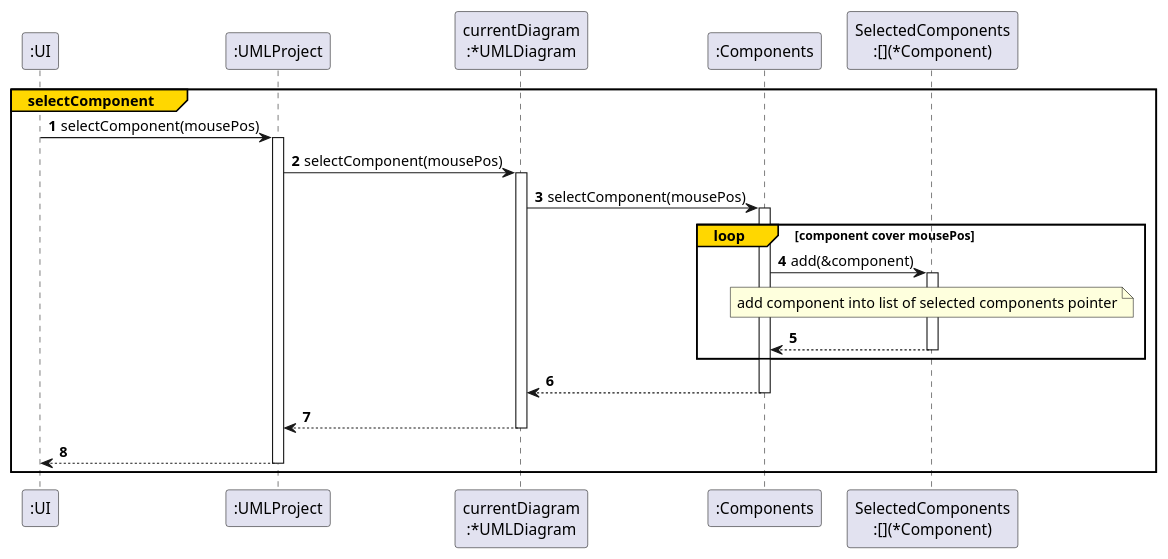
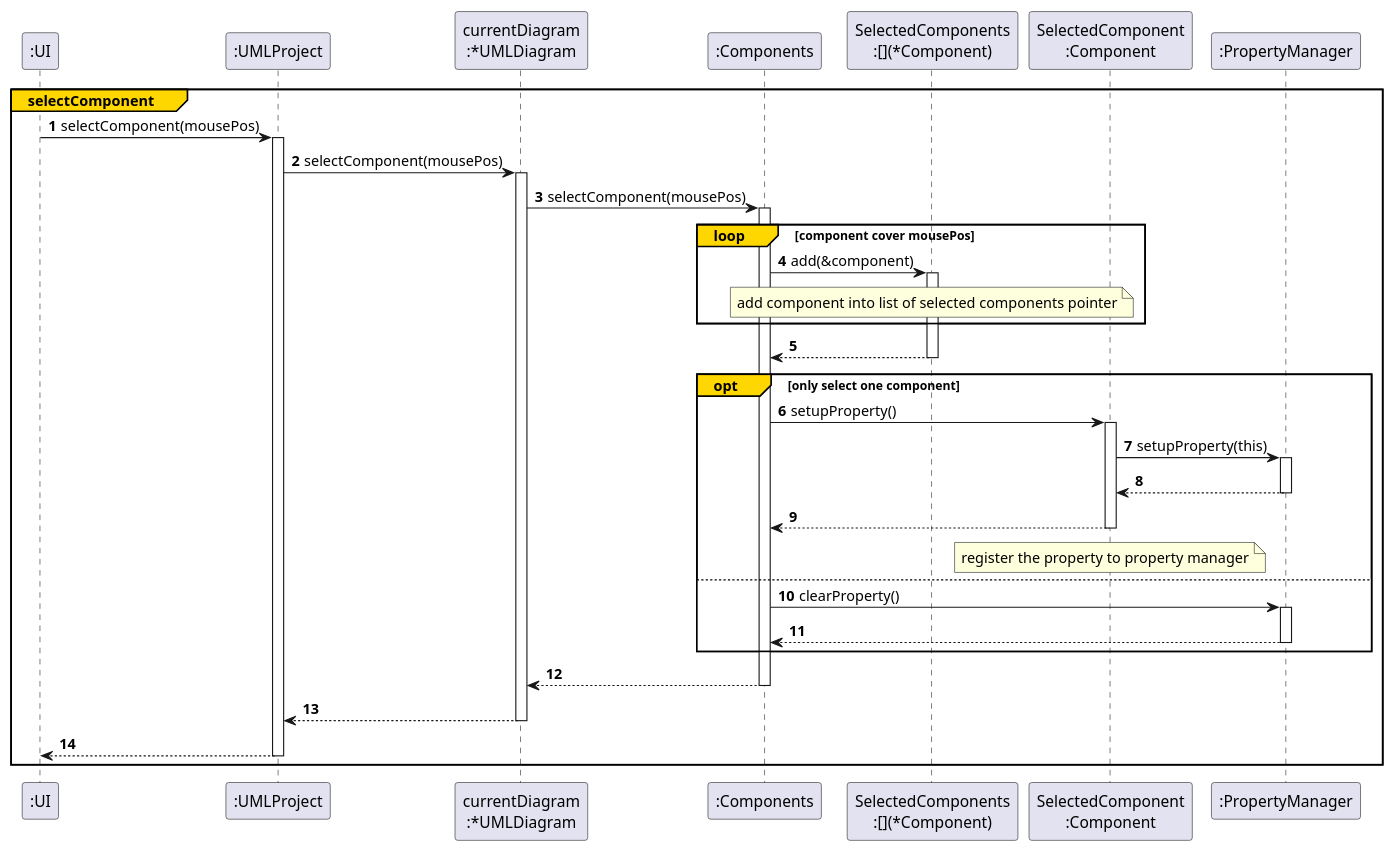
One commit to Vghxv/Dr.UML__________________ changed the fifth of 17 diagrams in docs/graphs/ssd.iuml. Above: the diagram before and after it, drawn with PlantUML. The commit also changed other lines of this file and 4 other files, not shown here.

```diff
--- a/docs/graphs/ssd.iuml
+++ b/docs/graphs/ssd.iuml
@@ -89,17 +101,29 @@
 @startuml
 autonumber
 autoactivate on
 group#gold #white selectComponent
     ":UI" -> ":UMLProject": selectComponent(mousePos)
     ":UMLProject" -> "currentDiagram\n:*UMLDiagram": selectComponent(mousePos)
     "currentDiagram\n:*UMLDiagram" -> ":Components": selectComponent(mousePos)
     loop#gold #white component cover mousePos
         ":Components" -> "SelectedComponents\n:[](*Component)": add(&component)
         note over "SelectedComponents\n:[](*Component)": add component into list of selected components pointer
+    end loop
+    return
+    
+    opt#gold #white only select one component
+        ":Components" -> "SelectedComponent\n:Component": setupProperty()
+        "SelectedComponent\n:Component" -> ":PropertyManager": setupProperty(this)
         return
-    end loop
+        return
+        note over "SelectedComponent\n:Component": register the property to property manager
+    else
+        ":Components" -> ":PropertyManager": clearProperty()
+        return
+    end
+
     return
     return
     return
 end selectComponent
 @enduml
```
